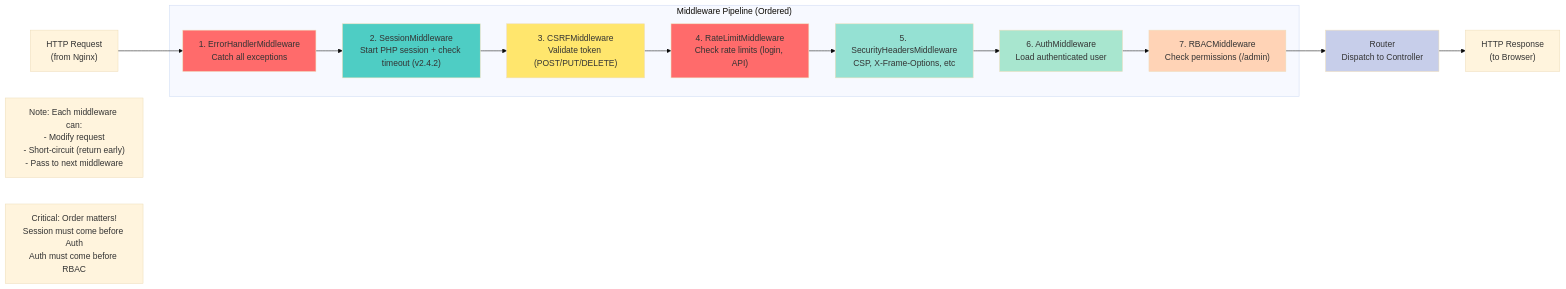
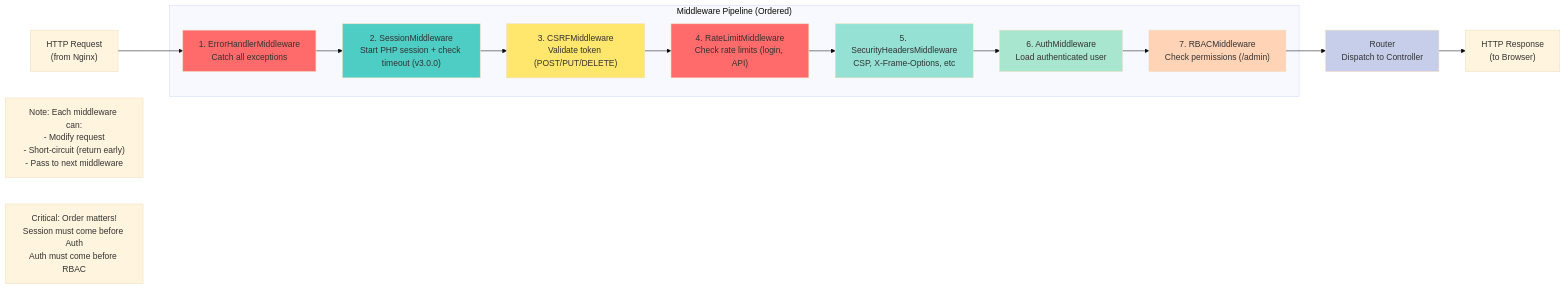
The diagram in docs/diagrams/middleware-pipeline.mmd (SLAED-CMS/LAAS), drawn with Mermaid (base theme) before and after one commit. The commit also changed 7 other files, not shown here.

```diff
--- a/docs/diagrams/middleware-pipeline.mmd
+++ b/docs/diagrams/middleware-pipeline.mmd
@@ -1,41 +1,41 @@
 graph LR
-    %% LAAS CMS v2.4.2 - Middleware Pipeline
+    %% LAAS CMS v3.0.0 - Middleware Pipeline
     %% 7 middlewares in strict order (Session before Auth, Auth before RBAC)
-    %% Security: CSRF, Rate Limiting, CSP, HSTS, RBAC, API Auth, Session Timeout (v2.4.2)
+    %% Security: CSRF, Rate Limiting, CSP, HSTS, RBAC, API Auth, Session Timeout (v3.0.0)
     %% Performance: Total overhead 5-10ms
-    %% Version: v2.4.2 (2026-01-10)
+    %% Version: v3.0.0 (2026-01-11)
 
     Request["HTTP Request<br/>(from Nginx)"] --> ErrorHandler
 
     subgraph Pipeline["Middleware Pipeline (Ordered)"]
         ErrorHandler["1. ErrorHandlerMiddleware<br/>Catch all exceptions"]
-        Session["2. SessionMiddleware<br/>Start PHP session + check timeout (v2.4.2)"]
+        Session["2. SessionMiddleware<br/>Start PHP session + check timeout (v3.0.0)"]
         CSRF["3. CSRFMiddleware<br/>Validate token (POST/PUT/DELETE)"]
         RateLimit["4. RateLimitMiddleware<br/>Check rate limits (login, API)"]
         Security["5. SecurityHeadersMiddleware<br/>CSP, X-Frame-Options, etc"]
         Auth["6. AuthMiddleware<br/>Load authenticated user"]
         RBAC["7. RBACMiddleware<br/>Check permissions (/admin)"]
 
         ErrorHandler --> Session
         Session --> CSRF
         CSRF --> RateLimit
         RateLimit --> Security
         Security --> Auth
         Auth --> RBAC
     end
 
     RBAC --> Router["Router<br/>Dispatch to Controller"]
     Router --> Response["HTTP Response<br/>(to Browser)"]
 
     style ErrorHandler fill:#ff6b6b
     style Session fill:#4ecdc4
     style CSRF fill:#ffe66d
     style RateLimit fill:#ff6b6b
     style Security fill:#95e1d3
     style Auth fill:#a8e6cf
     style RBAC fill:#ffd3b6
     style Router fill:#c7ceea
 
     %% Notes
     Note1["Note: Each middleware can:<br/>- Modify request<br/>- Short-circuit (return early)<br/>- Pass to next middleware"]
     Note2["Critical: Order matters!<br/>Session must come before Auth<br/>Auth must come before RBAC"]
```
